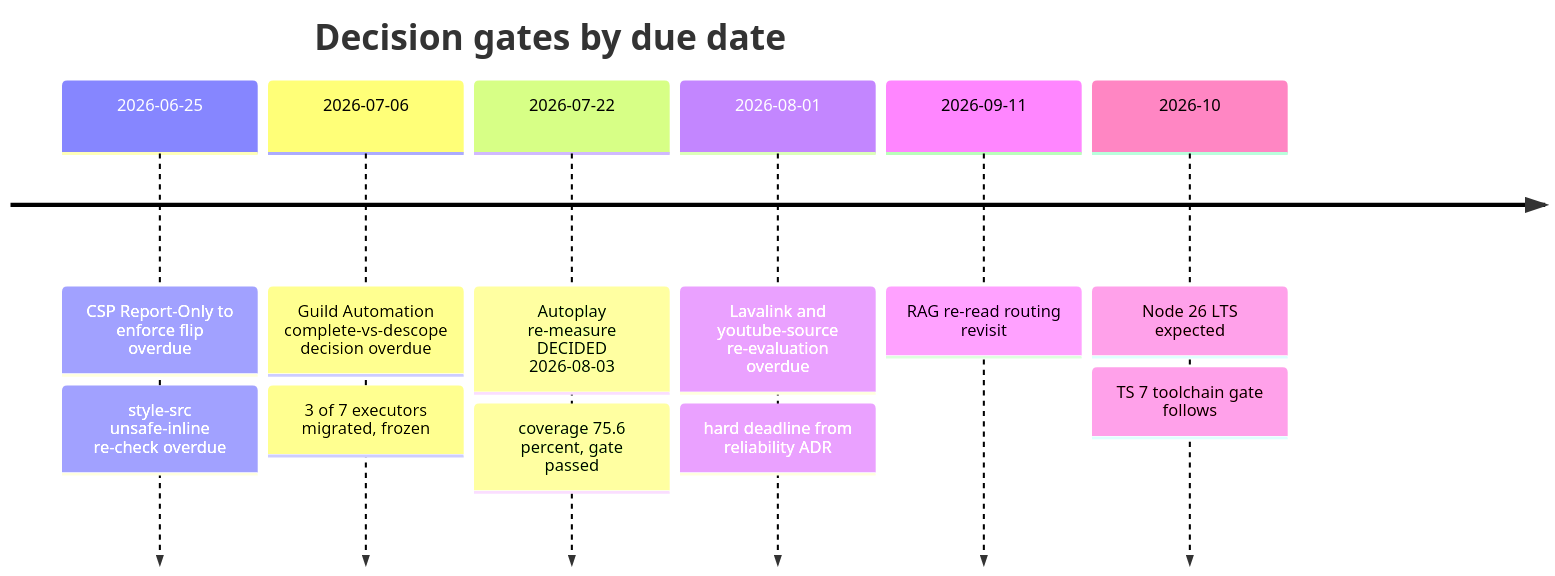
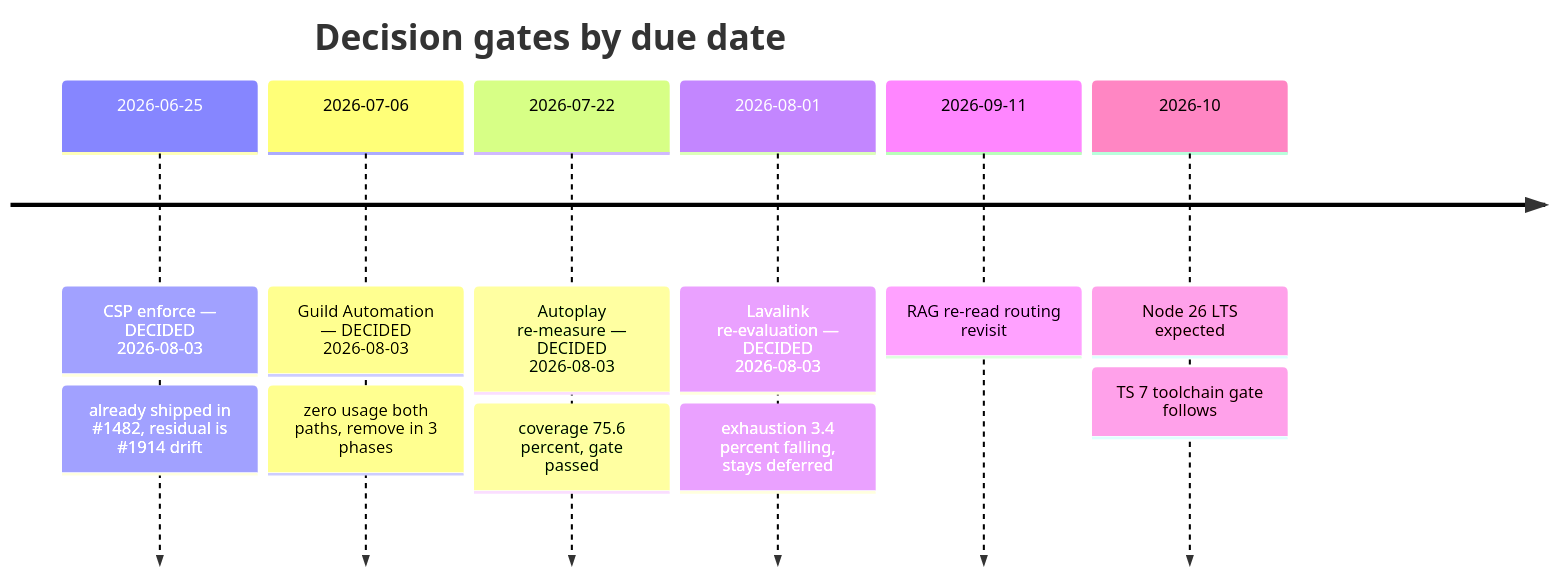
The second of 2 diagrams in docs/roadmap.md (LucasSantana-Dev/Lucky), drawn with Mermaid before and after one commit. The commit also changed other lines of this file and 2 other files, not shown here.

First line of the commit message:
docs: resolve the three remaining overdue decision gates

````diff
--- a/docs/roadmap.md
+++ b/docs/roadmap.md
@@ -80,10 +81,10 @@
 ```mermaid
 timeline
     title Decision gates by due date
-    2026-06-25 : CSP Report-Only to enforce flip overdue : style-src unsafe-inline re-check overdue
-    2026-07-06 : Guild Automation complete-vs-descope decision overdue : 3 of 7 executors migrated, frozen
-    2026-07-22 : Autoplay re-measure DECIDED 2026-08-03 : coverage 75.6 percent, gate passed
-    2026-08-01 : Lavalink and youtube-source re-evaluation overdue : hard deadline from reliability ADR
+    2026-06-25 : CSP enforce — DECIDED 2026-08-03 : already shipped in #1482, residual is #1914 drift
+    2026-07-06 : Guild Automation — DECIDED 2026-08-03 : zero usage both paths, remove in 3 phases
+    2026-07-22 : Autoplay re-measure — DECIDED 2026-08-03 : coverage 75.6 percent, gate passed
+    2026-08-01 : Lavalink re-evaluation — DECIDED 2026-08-03 : exhaustion 3.4 percent falling, stays deferred
     2026-09-11 : RAG re-read routing revisit
     2026-10 : Node 26 LTS expected : TS 7 toolchain gate follows
 ```
````
